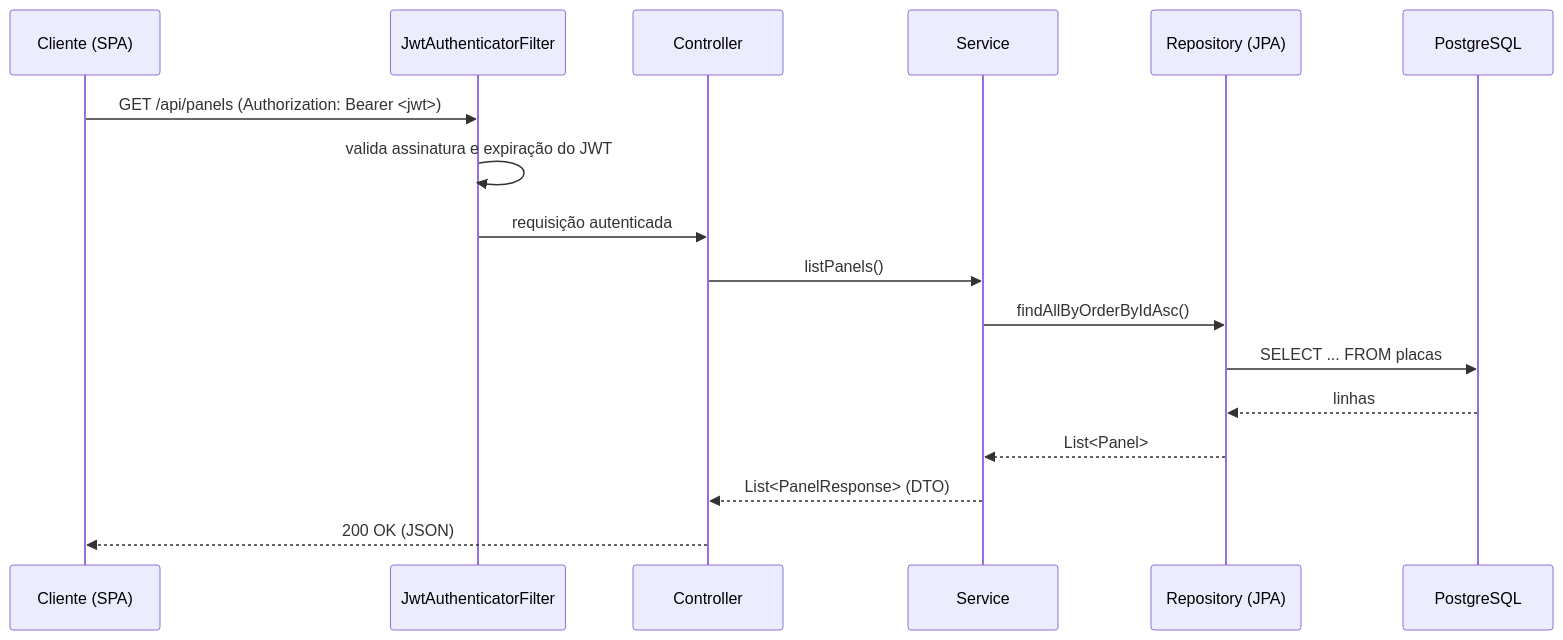
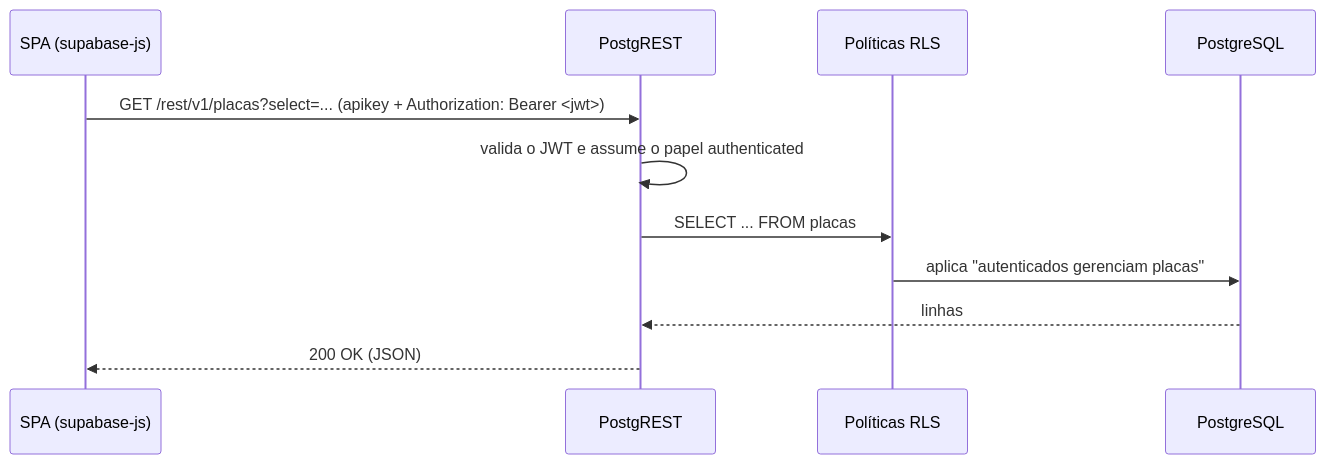
Before and after one commit to danieltanjos/SolarVision: the third of 3 diagrams in docs/ARQUITETURA.md, drawn with Mermaid. The commit also changed other lines of this file and 8 other files, not shown here.

````diff
--- a/docs/ARQUITETURA.md
+++ b/docs/ARQUITETURA.md
@@ -100,20 +99,14 @@
 ```mermaid
 sequenceDiagram
-    participant C as Cliente (SPA)
-    participant F as JwtAuthenticatorFilter
-    participant Ctrl as Controller
-    participant Svc as Service
-    participant Repo as Repository (JPA)
+    participant C as SPA (supabase-js)
+    participant R as PostgREST
+    participant P as Políticas RLS
     participant DB as PostgreSQL
 
-    C->>F: GET /api/panels (Authorization: Bearer <jwt>)
-    F->>F: valida assinatura e expiração do JWT
-    F->>Ctrl: requisição autenticada
-    Ctrl->>Svc: listPanels()
-    Svc->>Repo: findAllByOrderByIdAsc()
-    Repo->>DB: SELECT ... FROM placas
-    DB-->>Repo: linhas
-    Repo-->>Svc: List<Panel>
-    Svc-->>Ctrl: List<PanelResponse> (DTO)
-    Ctrl-->>C: 200 OK (JSON)
+    C->>R: GET /rest/v1/placas?select=... (apikey + Authorization: Bearer <jwt>)
+    R->>R: valida o JWT e assume o papel authenticated
+    R->>P: SELECT ... FROM placas
+    P->>DB: aplica "autenticados gerenciam placas"
+    DB-->>R: linhas
+    R-->>C: 200 OK (JSON)
 ```
````
